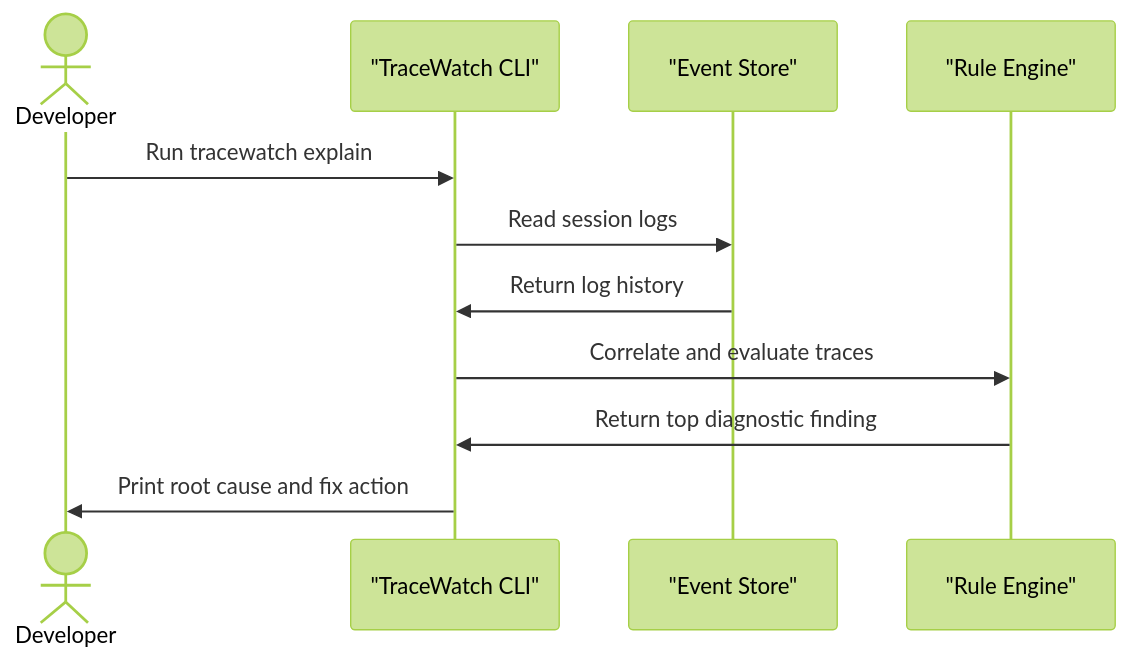
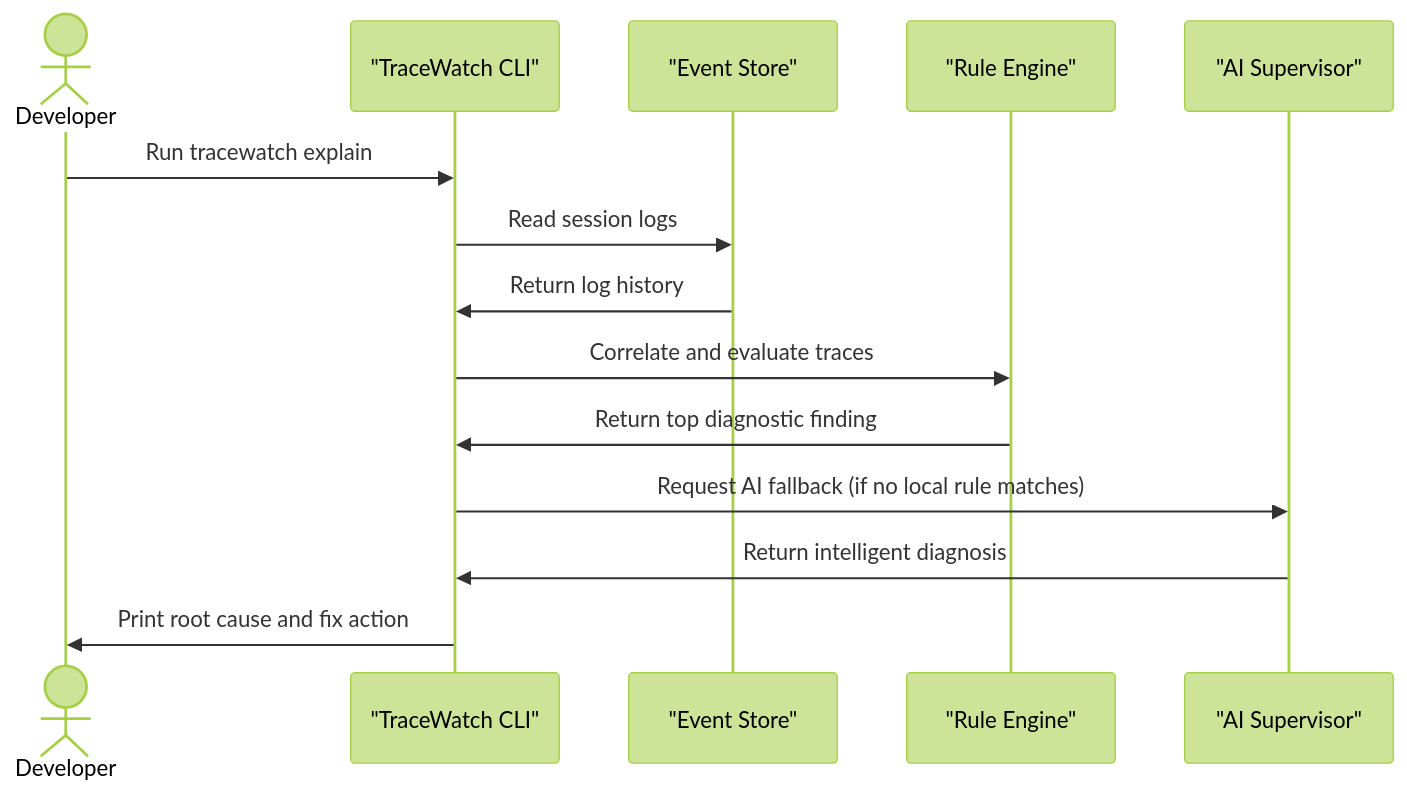
Before and after one commit to olusanyaemmanuelpg-sudo/tracewatch: the second of 2 diagrams in README.md, drawn with Mermaid (forest theme). The commit also changed other lines of this file, not shown here.

Commit message:
Enhance README to include AI Supervisor fallback feature; update system architecture and API description for clarity

````diff
--- a/README.md
+++ b/README.md
@@ -112,14 +117,17 @@
 ```mermaid
 sequenceDiagram
   actor Developer
   participant CLI as "TraceWatch CLI"
   participant Store as "Event Store"
   participant Engine as "Rule Engine"
+  participant AI as "AI Supervisor"
 
   Developer->>CLI: Run tracewatch explain
   CLI->>Store: Read session logs
   Store->>CLI: Return log history
   CLI->>Engine: Correlate and evaluate traces
   Engine->>CLI: Return top diagnostic finding
+  CLI->>AI: Request AI fallback (if no local rule matches)
+  AI->>CLI: Return intelligent diagnosis
   CLI->>Developer: Print root cause and fix action
 ```
````
